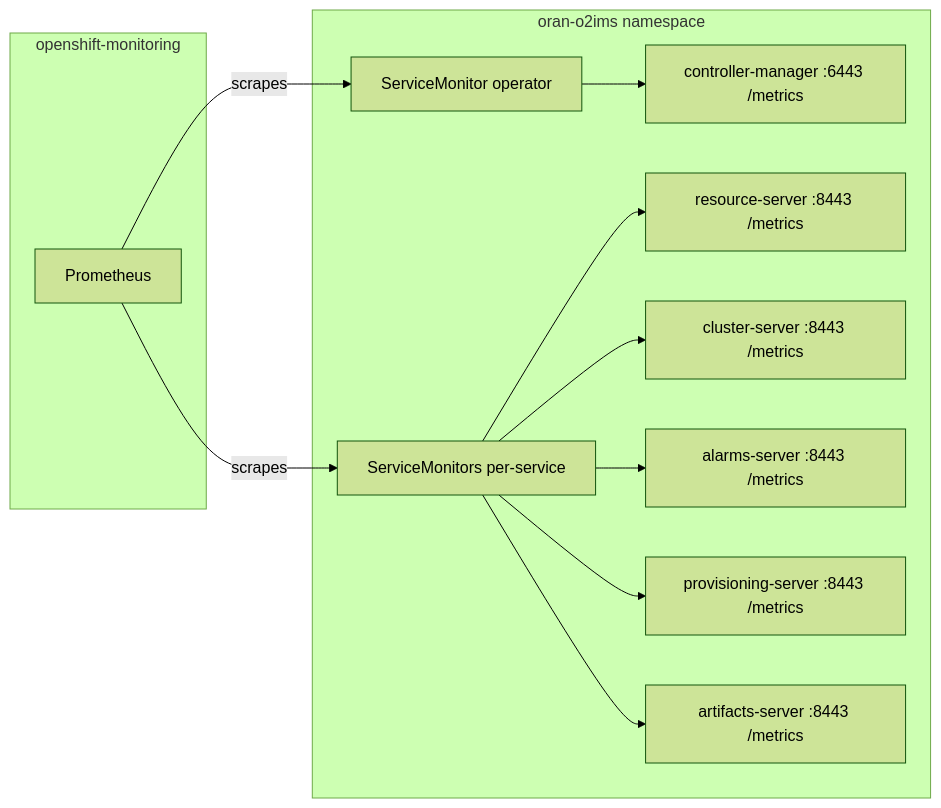
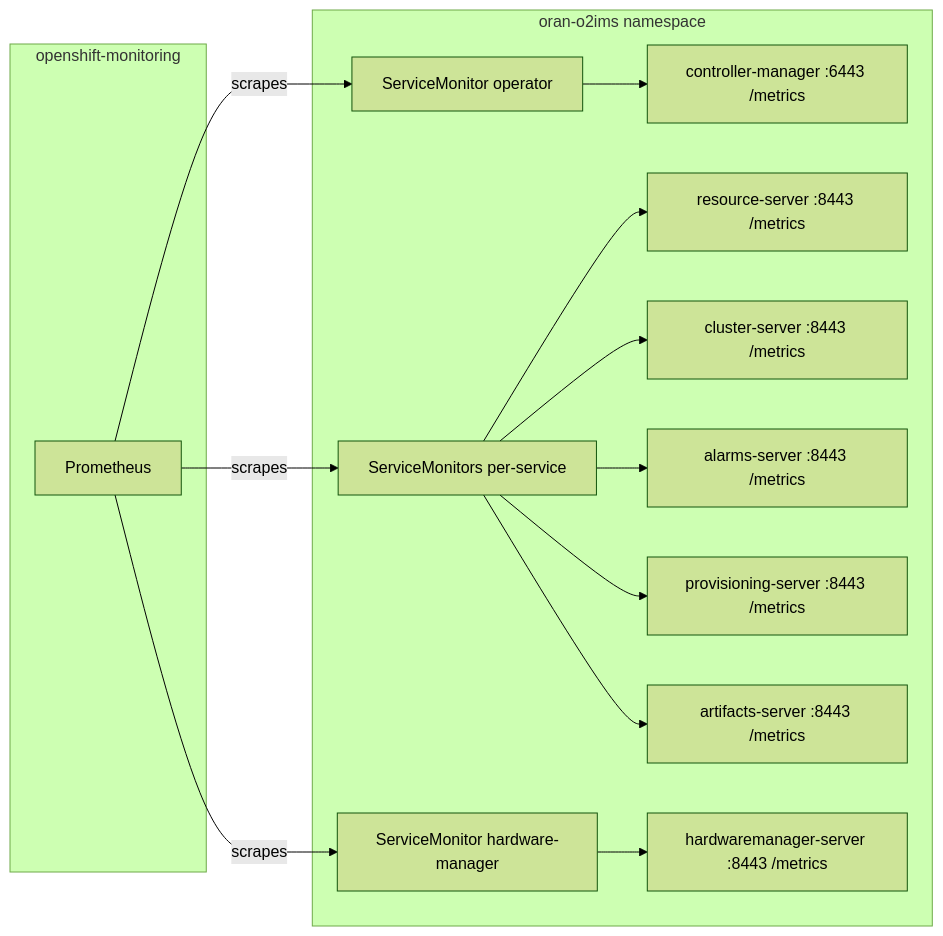
Before and after one commit to openshift-kni/oran-o2ims: the first of 2 diagrams in docs/dev/prometheus-metrics.md, drawn with Mermaid (forest theme). The commit also changed other lines of this file and 9 other files, not shown here.

First line of the commit message:
Fix hardware-manager TLS and metrics (#3620)

````diff
--- a/docs/dev/prometheus-metrics.md
+++ b/docs/dev/prometheus-metrics.md
@@ -35,26 +37,30 @@
 ```mermaid
 flowchart LR
     subgraph oran_ns [oran-o2ims namespace]
         CM[controller-manager :6443 /metrics]
         RS[resource-server :8443 /metrics]
         CS[cluster-server :8443 /metrics]
         AS[alarms-server :8443 /metrics]
         PS[provisioning-server :8443 /metrics]
         ARS[artifacts-server :8443 /metrics]
+        HW[hardwaremanager-server :8443 /metrics]
         SM1[ServiceMonitor operator]
         SM2[ServiceMonitors per-service]
+        SM3[ServiceMonitor hardware-manager]
     end
 
     subgraph monitoring [openshift-monitoring]
         Prom[Prometheus]
     end
 
     Prom -->|scrapes| SM1
     Prom -->|scrapes| SM2
+    Prom -->|scrapes| SM3
     SM1 --> CM
     SM2 --> RS
     SM2 --> CS
     SM2 --> AS
     SM2 --> PS
     SM2 --> ARS
+    SM3 --> HW
 ```
````
